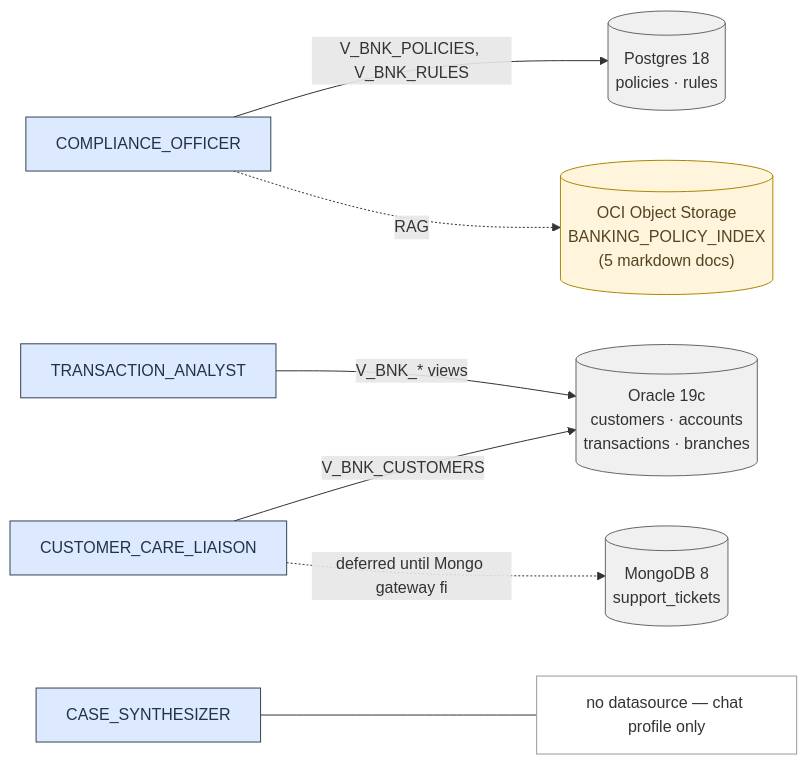
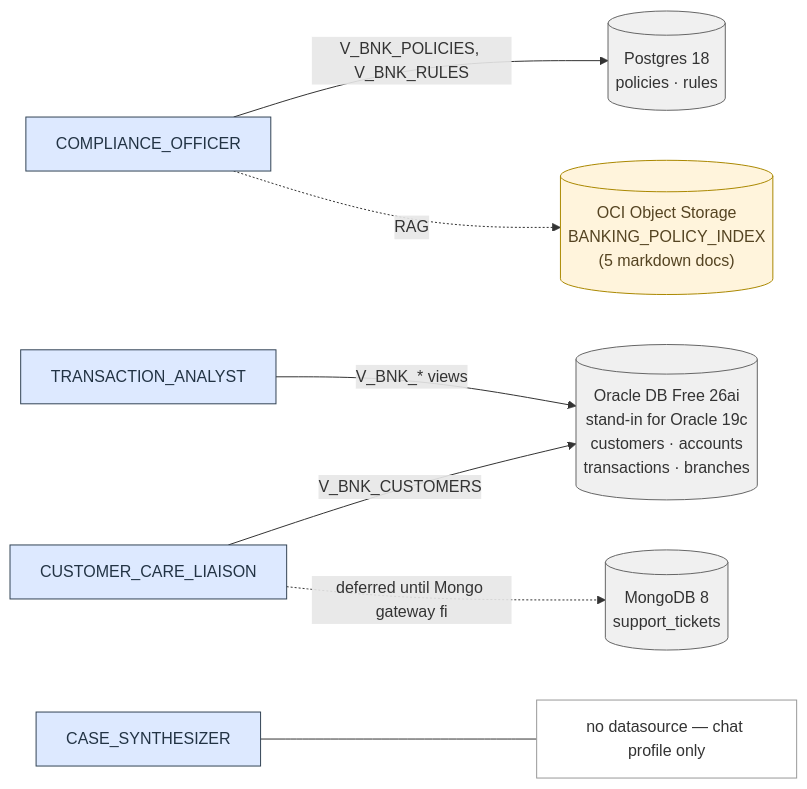
Before and after one commit to vmleon/oracle-adb-sidecar-architecture: the third of 4 diagrams in README.md, drawn with Mermaid. The commit also changed other lines of this file and 14 other files, not shown here.

````diff
--- a/README.md
+++ b/README.md
@@ -135,24 +138,24 @@
 ```mermaid
 flowchart LR
     classDef def fill:#fff,stroke:#999,color:#333
     classDef agent fill:#dde9ff,stroke:#345,color:#234
     classDef store fill:#f0f0f0,stroke:#666,color:#333
     classDef rag   fill:#fff4dc,stroke:#a80,color:#542
 
     T[TRANSACTION_ANALYST]:::agent
     C[COMPLIANCE_OFFICER]:::agent
     L[CUSTOMER_CARE_LIAISON]:::agent
     S[CASE_SYNTHESIZER]:::agent
 
-    O[("Oracle 19c<br/>customers · accounts<br/>transactions · branches")]:::store
+    O[("Oracle DB Free 26ai<br/>stand-in for Oracle 19c<br/>customers · accounts<br/>transactions · branches")]:::store
     P[("Postgres 18<br/>policies · rules")]:::store
     M[("MongoDB 8<br/>support_tickets")]:::store
     R[("OCI Object Storage<br/>BANKING_POLICY_INDEX<br/>(5 markdown docs)")]:::rag
 
     T -->|V_BNK_* views| O
     C -->|V_BNK_POLICIES, V_BNK_RULES| P
     C -.RAG.-> R
     L -->|V_BNK_CUSTOMERS| O
     L -.deferred until Mongo gateway fix.-> M
     S --- nope[no datasource — chat profile only]:::def
 ```
````
